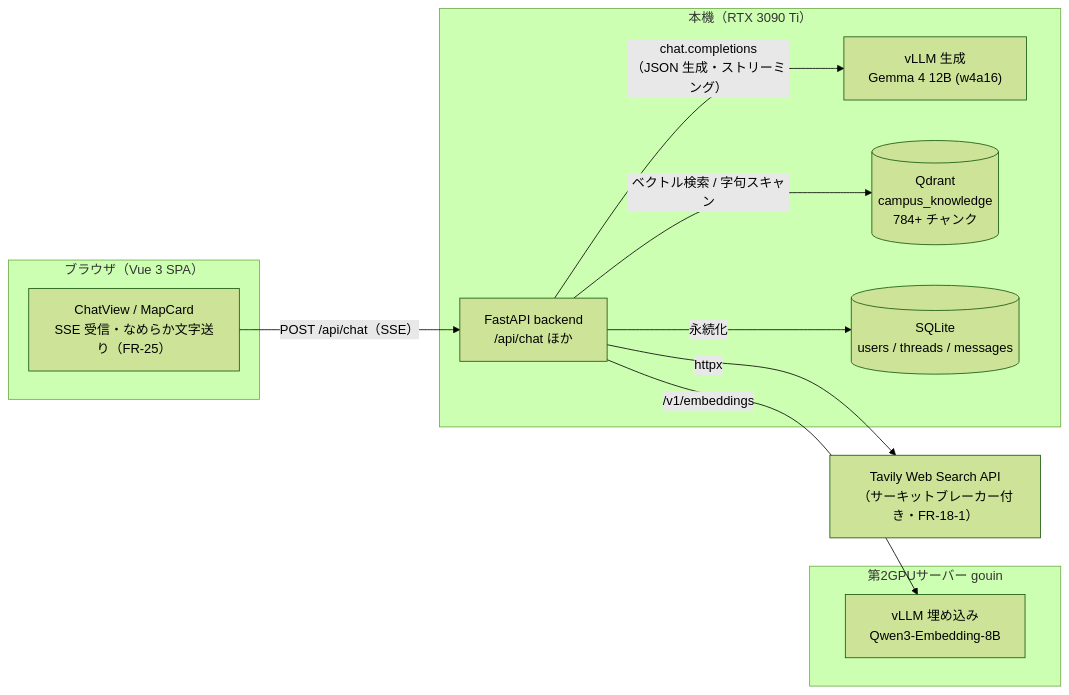
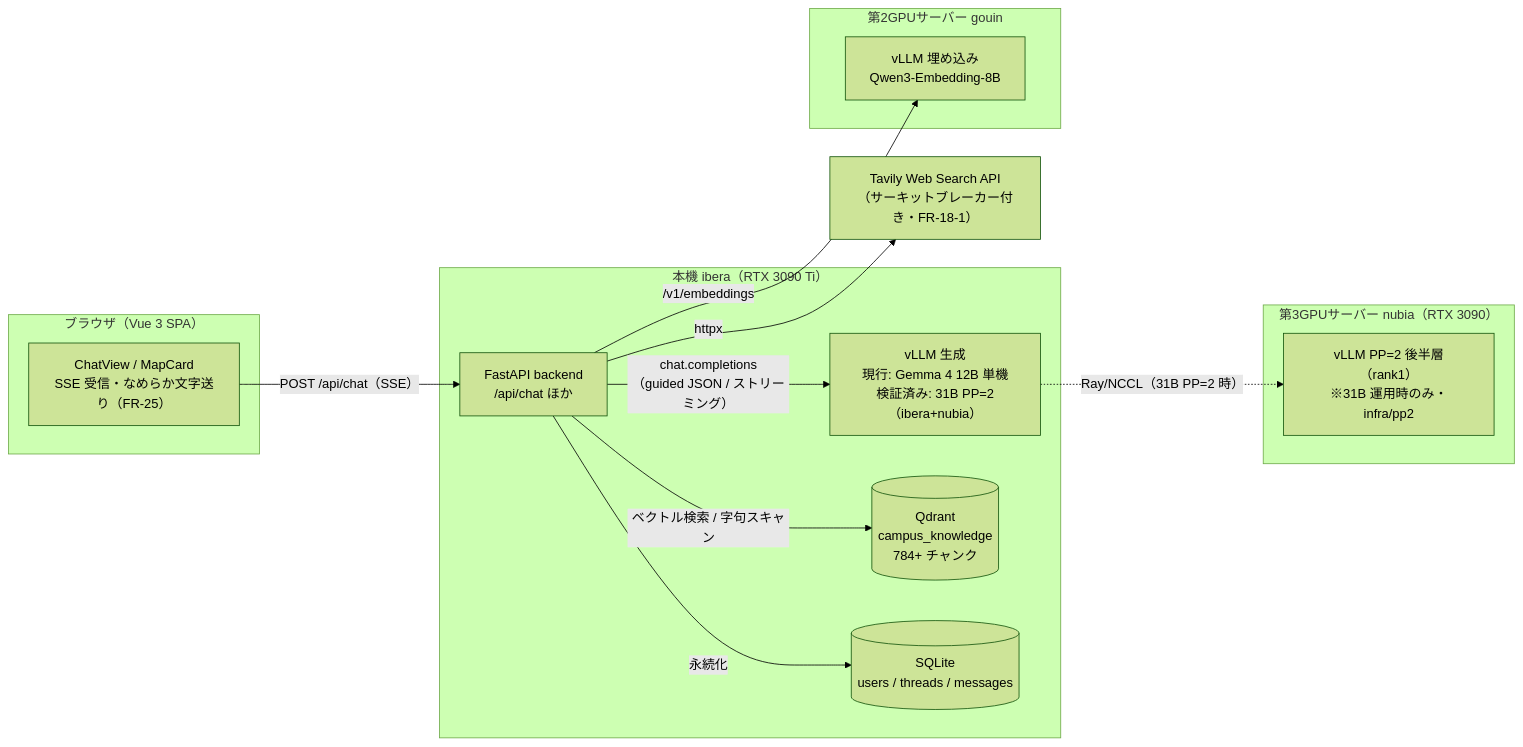
One commit to TakaJun02/sarutahiko changed the first of 3 diagrams in docs/AGENT_ARCHITECTURE.md. Above: the diagram before and after it, drawn with Mermaid (forest theme). The commit also changed other lines of this file and 2 other files, not shown here.

Commit message:
docs: FR-34 実装完了に伴う §10 更新 — AGENT_ARCHITECTURE v2.0（ReAct 全面改稿）・AGENT_HARNESS v6 章（decide/navigator プロンプト全文・定数・検収記録）・ARCHITECTURE v0.5（31B PP=2 検証済み・本番既定 12B 維持）

````diff
--- a/docs/AGENT_ARCHITECTURE.md
+++ b/docs/AGENT_ARCHITECTURE.md
@@ -16,23 +15,27 @@
 ```mermaid
 flowchart LR
     subgraph client["ブラウザ（Vue 3 SPA）"]
         UI["ChatView / MapCard<br/>SSE 受信・なめらか文字送り（FR-25）"]
     end
-    subgraph host["本機（RTX 3090 Ti）"]
+    subgraph host["本機 ibera（RTX 3090 Ti）"]
         BE["FastAPI backend<br/>/api/chat ほか"]
-        VLLM["vLLM 生成<br/>Gemma 4 12B (w4a16)"]
+        VLLM["vLLM 生成<br/>現行: Gemma 4 12B 単機<br/>検証済み: 31B PP=2（ibera+nubia）"]
         QD[("Qdrant<br/>campus_knowledge<br/>784+ チャンク")]
         DB[("SQLite<br/>users / threads / messages")]
+    end
+    subgraph nubia["第3GPUサーバー nubia（RTX 3090）"]
+        PP2["vLLM PP=2 後半層（rank1）<br/>※31B 運用時のみ・infra/pp2"]
     end
     subgraph gouin["第2GPUサーバー gouin"]
         EMB["vLLM 埋め込み<br/>Qwen3-Embedding-8B"]
     end
     TAVILY["Tavily Web Search API<br/>（サーキットブレーカー付き・FR-18-1）"]
 
     UI -- "POST /api/chat（SSE）" --> BE
-    BE -- "chat.completions<br/>（JSON 生成・ストリーミング）" --> VLLM
+    BE -- "chat.completions<br/>（guided JSON / ストリーミング）" --> VLLM
+    VLLM -. "Ray/NCCL（31B PP=2 時）" .-> PP2
     BE -- "/v1/embeddings" --> EMB
     BE -- "ベクトル検索 / 字句スキャン" --> QD
     BE -- "httpx" --> TAVILY
     BE -- "永続化" --> DB
 ```
````
